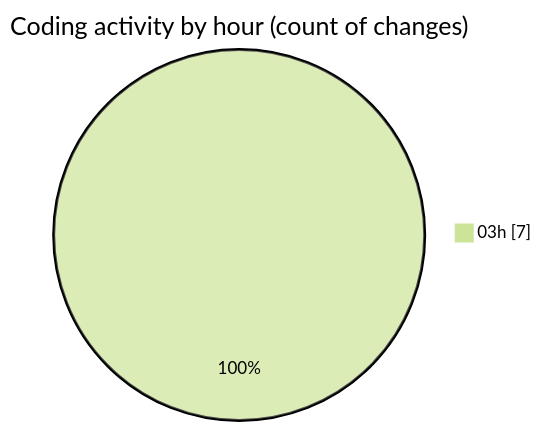
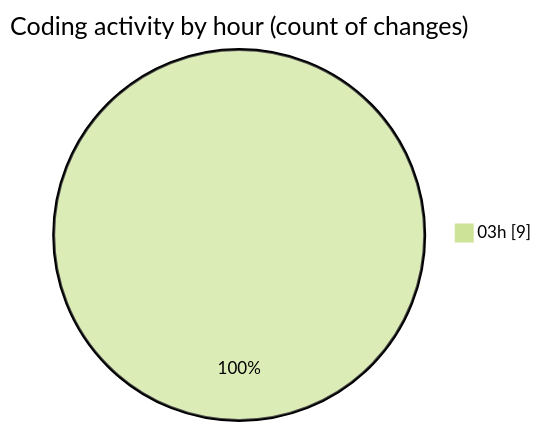
Before and after one commit to EIIisD/code-tracking: the second of 2 diagrams in 2025-08-11/universal-credit/README.md, drawn with Mermaid (forest theme). The commit also changed other lines of this file and 1 other file, not shown here.

````diff
--- a/2025-08-11/universal-credit/README.md
+++ b/2025-08-11/universal-credit/README.md
@@ -31,5 +32,5 @@
 ```mermaid
 pie showData
 title Coding activity by hour (count of changes)
-"03h" : 7
+"03h" : 9
 ```
````
